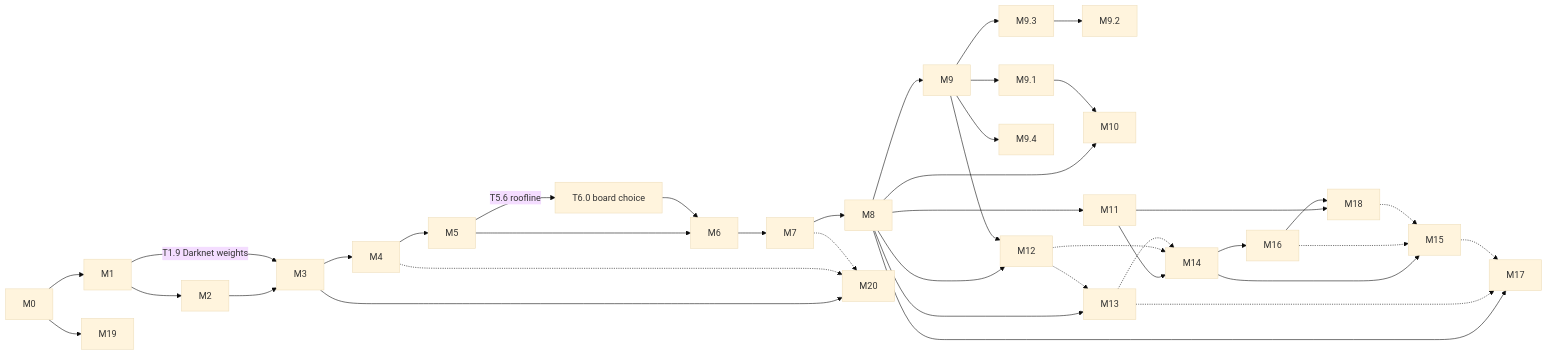
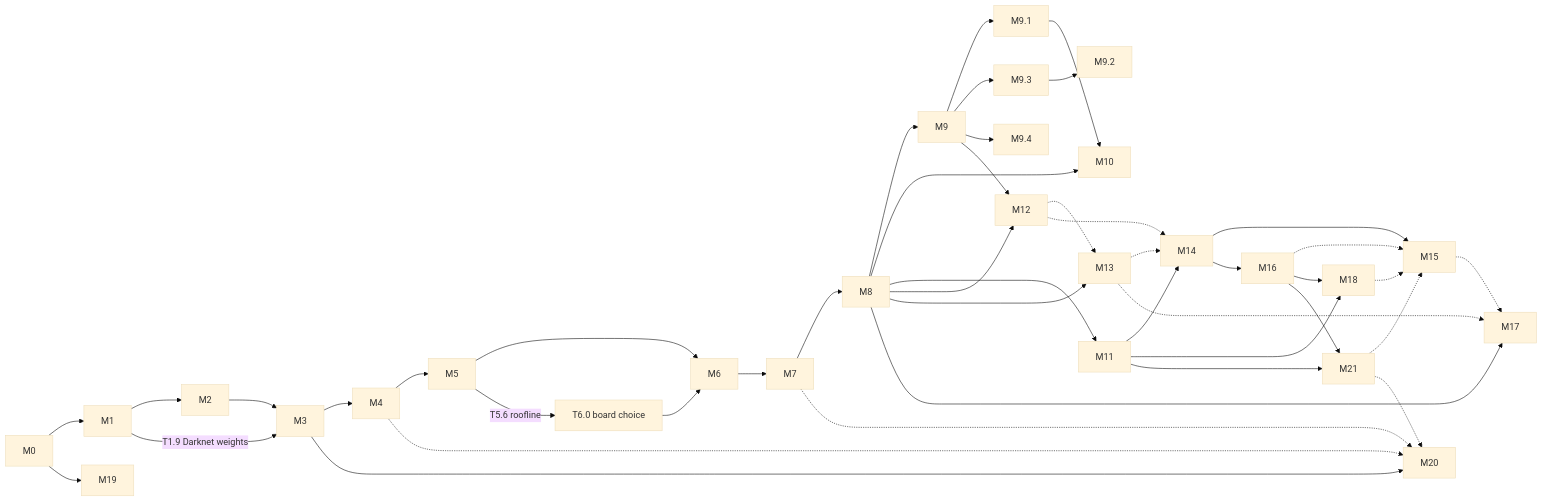
The diagram in docs/tasks/README.md (lrivals/EmbeddedComputervision), drawn with Mermaid (base theme) before and after one commit. The commit also changed other lines of this file and 22 other files, not shown here.

````diff
--- a/docs/tasks/README.md
+++ b/docs/tasks/README.md
@@ -40,33 +41,37 @@
 ```mermaid
 graph LR
   M0 --> M1 --> M2 --> M3
   M1 -- "T1.9 Darknet weights" --> M3
   M3 --> M4 --> M5 --> M6 --> M7 --> M8
   M5 -- "T5.6 roofline" --> T60["T6.0 board choice"] --> M6
   M8 --> M9
   M9 --> M91[M9.1] & M93[M9.3] & M94[M9.4]
   M93 --> M92[M9.2]
   M8 --> M10[M10]
   M91 --> M10
   M8 --> M11[M11]
   M8 --> M12[M12]
   M9 --> M12
   M8 --> M13[M13]
   M12 -.-> M13
   M11 --> M14[M14]
   M12 -.-> M14
   M13 -.-> M14
   M14 --> M15[M15]
   M14 --> M16[M16]
   M16 -.-> M15
   M8 --> M17[M17]
   M13 -.-> M17
   M15 -.-> M17
   M11 --> M18[M18]
   M16 --> M18
   M18 -.-> M15
   M0 --> M19[M19]
   M3 --> M20[M20]
+  M11 --> M21[M21]
+  M16 --> M21
+  M21 -.-> M15
+  M21 -.-> M20
   M4 -.-> M20
   M7 -.-> M20
 ```
````
